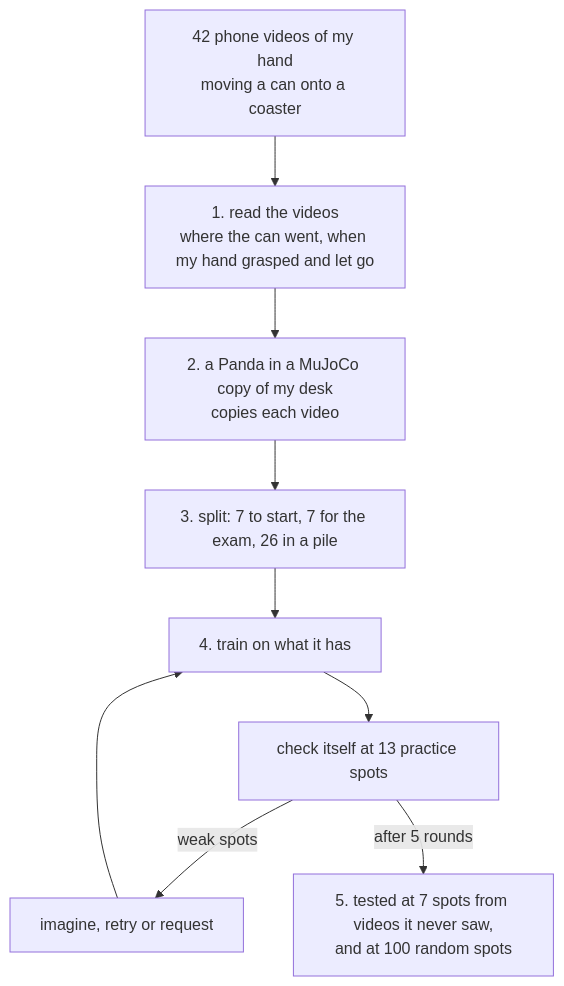
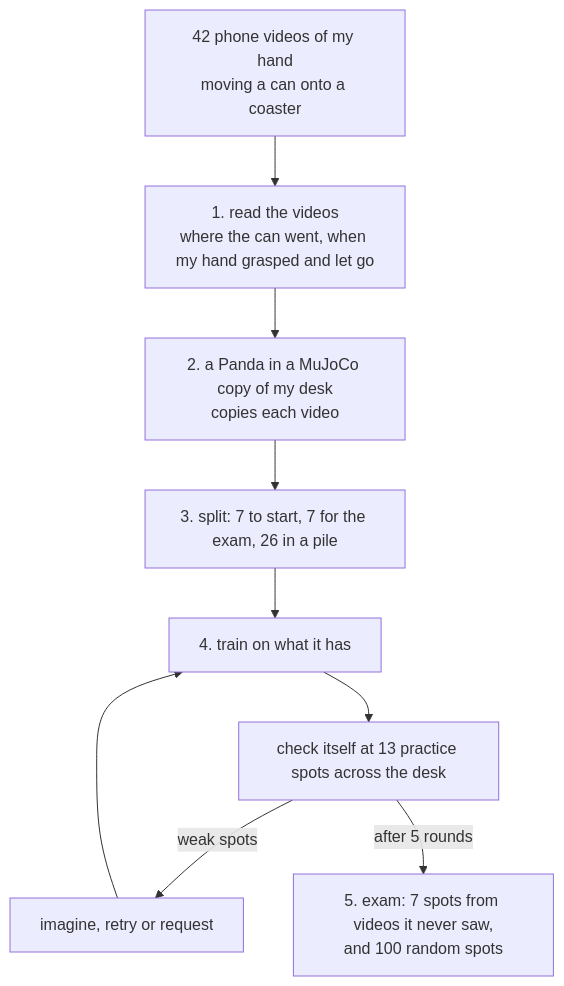
The diagram in README.md (anspermiranda/request_or_retry_learning), drawn with Mermaid before and after one commit. The commit also changed other lines of this file, not shown here.

````diff
--- a/README.md
+++ b/README.md
@@ -44,11 +42,11 @@
 ```mermaid
 flowchart TD
   V["42 phone videos of my hand<br/>moving a can onto a coaster"] --> R["1. read the videos<br/>where the can went, when my hand grasped and let go"]
   R --> T["2. a Panda in a MuJoCo copy of my desk<br/>copies each video"]
   T --> S["3. split: 7 to start, 7 for the exam, 26 in a pile"]
   S --> L["4. train on what it has"]
-  L --> P["check itself at 13 practice spots"]
+  L --> P["check itself at 13 practice spots across the desk"]
   P -->|"weak spots"| H["imagine, retry or request"]
   H --> L
-  P -->|"after 5 rounds"| X["5. tested at 7 spots from videos it never saw,<br/>and at 100 random spots"]
+  P -->|"after 5 rounds"| X["5. exam: 7 spots from videos it never saw,<br/>and 100 random spots"]
 ```
````
